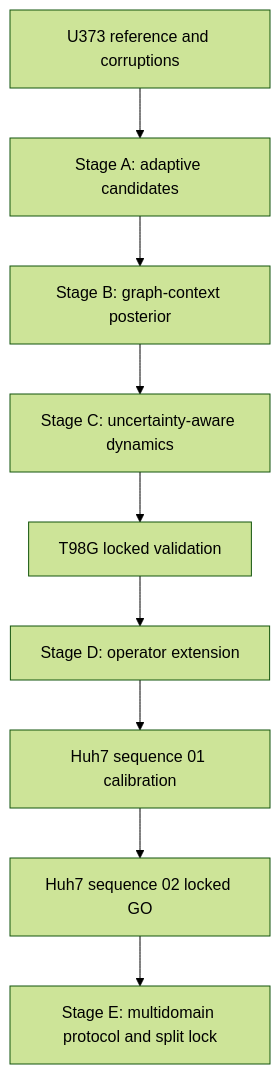
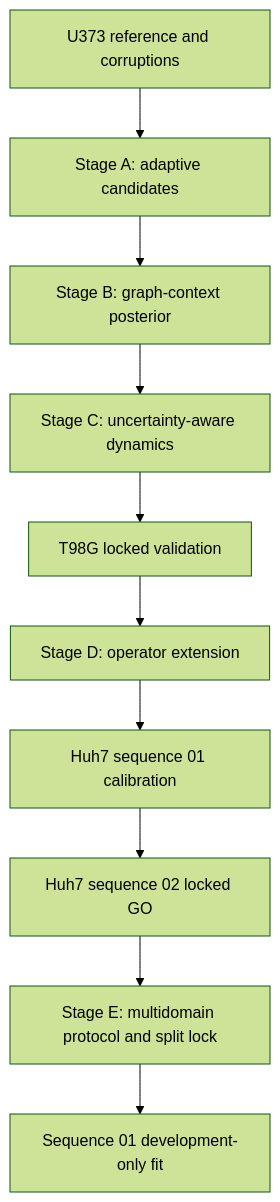
The diagram in README.md (mohamad679/gbm-tracking-uncertainty), drawn with Mermaid (forest theme) before and after one commit. The commit also changed other lines of this file and 15 other files, not shown here.

Commit message:
feat: freeze Stage E development-only configuration

````diff
--- a/README.md
+++ b/README.md
@@ -46,11 +46,12 @@
 ```mermaid
 flowchart TD
     A[U373 reference and corruptions] --> B[Stage A: adaptive candidates]
     B --> C[Stage B: graph-context posterior]
     C --> D[Stage C: uncertainty-aware dynamics]
     D --> E[T98G locked validation]
     E --> F[Stage D: operator extension]
     F --> G[Huh7 sequence 01 calibration]
     G --> H[Huh7 sequence 02 locked GO]
     H --> I[Stage E: multidomain protocol and split lock]
+    I --> J[Sequence 01 development-only fit]
 ```
````
